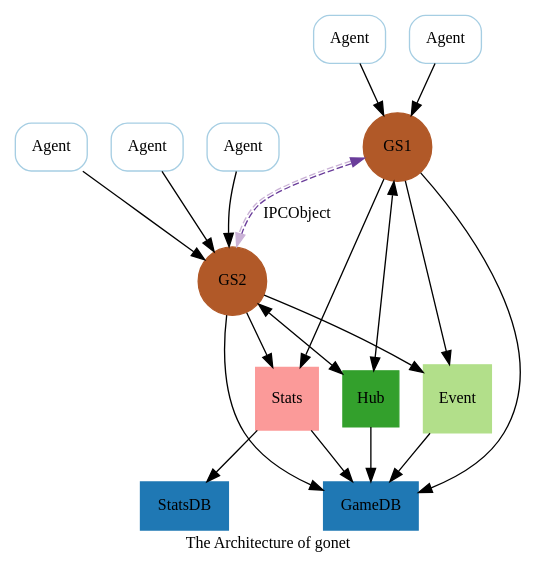
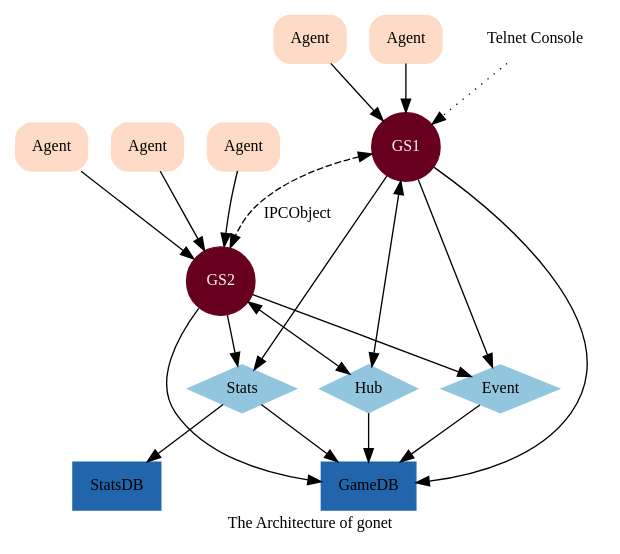
The diagram in doc/arch.dot (xtaci/gonet), drawn with Graphviz before and after one commit. The commit also changed 1 other file, not shown here.

```diff
--- a/doc/arch.dot
+++ b/doc/arch.dot
@@ -1,52 +1,58 @@
 digraph G {
 	graph [label="The Architecture of gonet" fontsize=12];
-	node [colorscheme=paired12 fontsize=12];
-	edge [colorscheme=paired12 fontsize=12];
+	node [colorscheme=rdbu11 fontsize=12];
+	edge [colorscheme=rdbu11 fontsize=12];
 	subgraph Agents {
-		node [label=Agent style=rounded shape=rect color=1];
+		node [label=Agent style="rounded,filled" shape=rect color=5];
 		Agent1;
 		Agent2;
 		Agent3;
 		Agent4;
 		Agent5;
 	}
 
 	subgraph GS {
-		node [style=filled shape=circle color=12];
+		node [style=filled shape=circle color=1 fontcolor=6];
 		GS1;
 		GS2;
-		GS1->GS2 [dir=both label=IPCObject style=dashed color="9:10"];
+		GS1->GS2 [dir=both label=IPCObject style=dashed];
 	}
 
 	subgraph {
-		node [style=filled shape=rect color=2];
+		node [style=filled shape="diamond" color=8];
+		Event;
+		Hub;
+		Stats;
+	}
+
+	subgraph {
+		node [style=filled shape=rect color=10];
 		GameDB;
 		StatsDB;
 	}
-
-	Event [style=filled shape=square color=3];
-	Hub [style=filled shape=square color=4];
-	Stats [style=filled shape=square color=5];
 
 	subgraph {
 		Agent1->GS1;
 		Agent2->GS1;
 		Agent3->GS2;
 		Agent4->GS2;
 		Agent5->GS2;
 	}
 
 	GS1->Hub [dir=both];
 	GS2->Hub [dir=both];
 	GS1->Event;
 	GS2->Event; 
 	GS1->Stats;
 	GS2->Stats; 
 	GS1->GameDB;
 	GS2->GameDB;
+	
+	Telnet [shape=plaintext label="Telnet Console"];
+	Telnet->GS1 [style=dotted];
 
 	Hub->GameDB;
 	Event->GameDB;
 	Stats->GameDB;
 	Stats->StatsDB;
 }
```
